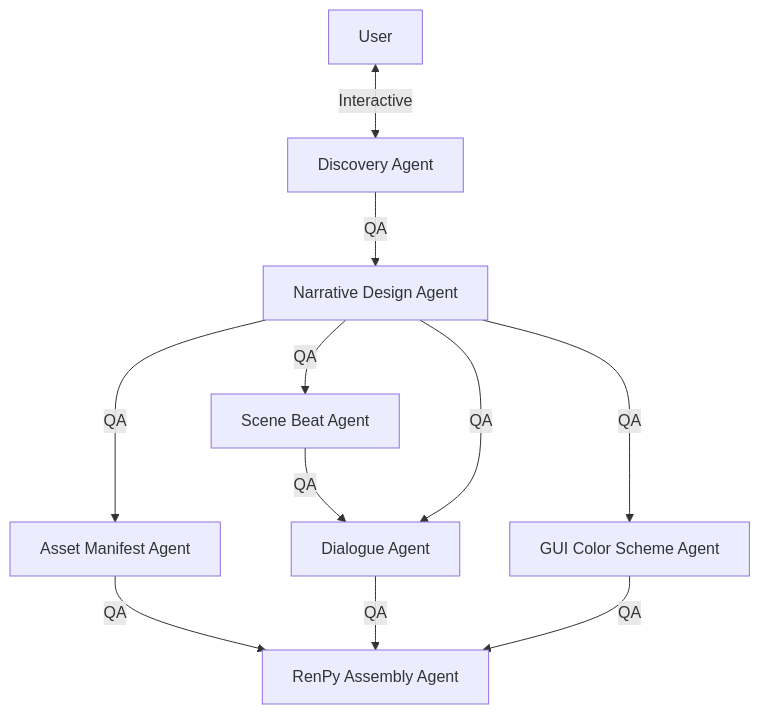
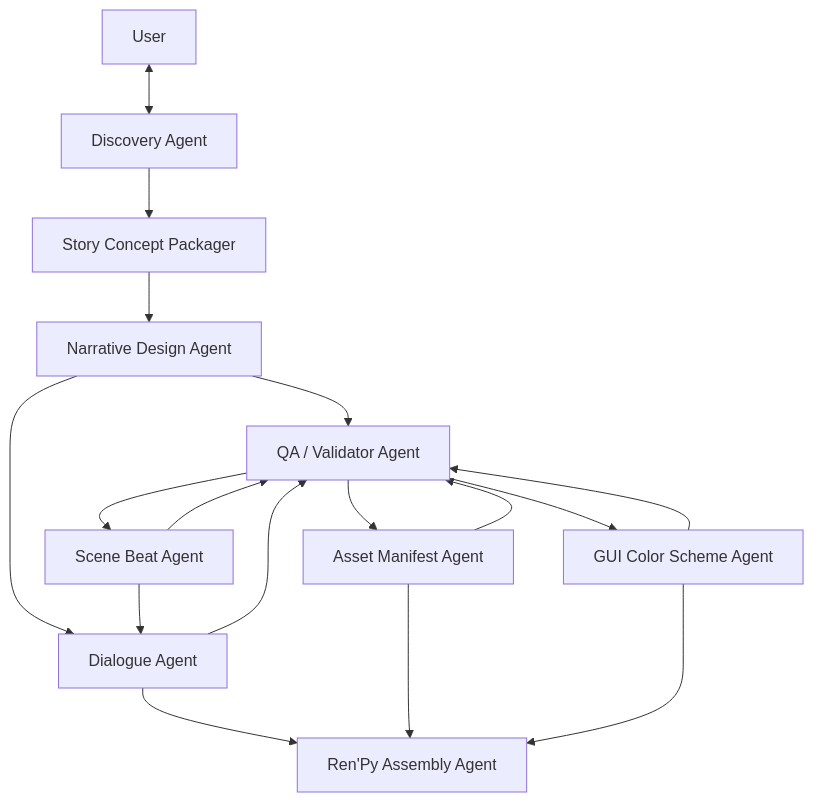
One commit to danglenzig/KARLA_PROD changed the diagram in README.md. Above: the diagram before and after it, drawn with Mermaid. The commit also changed other lines of this file and 1 other file, not shown here.

````diff
--- a/README.md
+++ b/README.md
@@ -35,21 +116,30 @@
 ```mermaid
 graph TD
     US[User]
     DI[Discovery Agent]
+    CP[Story Concept Packager]
     ND[Narrative Design Agent]
     SB[Scene Beat Agent]
     DA[Dialogue Agent]
     AM[Asset Manifest Agent]
     CA[GUI Color Scheme Agent]
-    RP[RenPy Assembly Agent]
-    US<-->|Interactive|DI
-    DI-->|QA|ND
-    ND-->|QA|SB
-    ND-->|QA|AM
-    ND-->|QA|CA
-    SB-->|QA|DA
-    ND-->|QA|DA
-    AM-->|QA|RP
-    DA-->|QA|RP
-    CA-->|QA|RP
+    RP[Ren'Py Assembly Agent]
+    QA[QA / Validator Agent]
+
+    US <--> DI
+    DI --> CP
+    CP --> ND
+    ND --> QA
+    QA --> SB
+    QA --> AM
+    QA --> CA
+    SB --> QA
+    ND --> DA
+    SB --> DA
+    DA --> QA
+    AM --> QA
+    CA --> QA
+    DA --> RP
+    AM --> RP
+    CA --> RP
 ```
````
